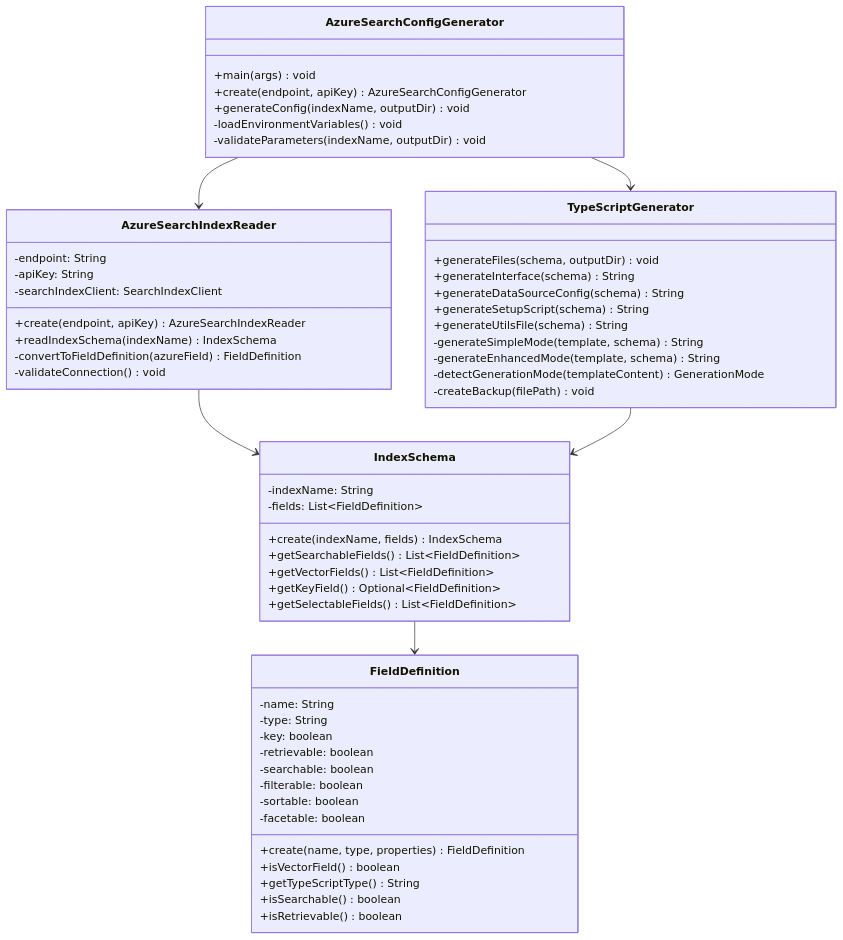
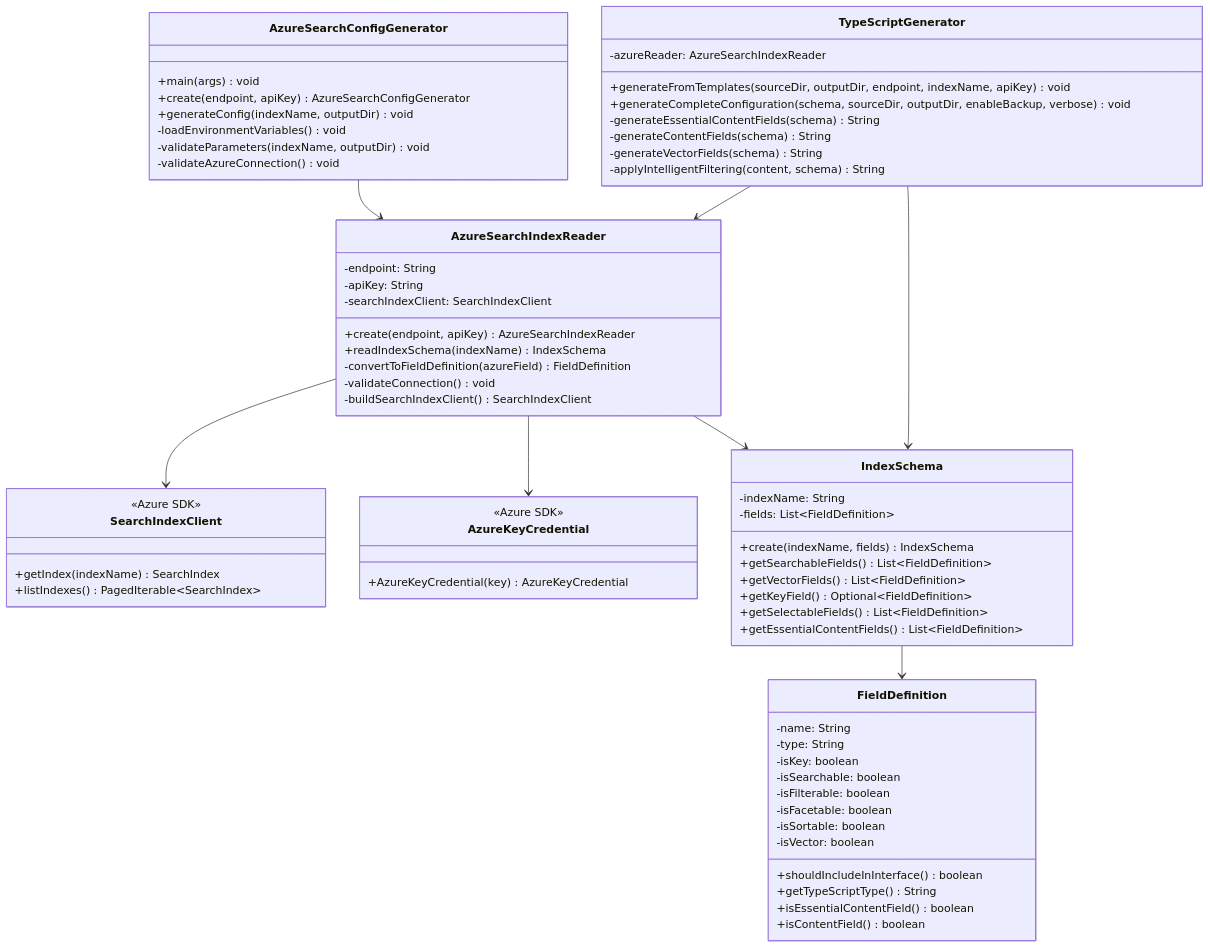
Before and after one commit to michel-heon/chatbottez-legis-qc: the second of 3 diagrams in docs/azure-search-config-generator.md, drawn with Mermaid. The commit also changed other lines of this file and 22 other files, not shown here.

First line of the commit message:
feat: Migration vers SDK Azure Search Java v2.1.0

````diff
--- a/docs/azure-search-config-generator.md
+++ b/docs/azure-search-config-generator.md
@@ -70,64 +113,77 @@
 ```mermaid
 classDiagram
     class AzureSearchConfigGenerator {
         +main(args) void
         +create(endpoint, apiKey) AzureSearchConfigGenerator
         +generateConfig(indexName, outputDir) void
         -loadEnvironmentVariables() void
         -validateParameters(indexName, outputDir) void
+        -validateAzureConnection() void
     }
     
     class AzureSearchIndexReader {
         -endpoint: String
         -apiKey: String
         -searchIndexClient: SearchIndexClient
         +create(endpoint, apiKey) AzureSearchIndexReader
         +readIndexSchema(indexName) IndexSchema
         -convertToFieldDefinition(azureField) FieldDefinition
         -validateConnection() void
+        -buildSearchIndexClient() SearchIndexClient
     }
     
     class IndexSchema {
         -indexName: String
         -fields: List~FieldDefinition~
         +create(indexName, fields) IndexSchema
         +getSearchableFields() List~FieldDefinition~
         +getVectorFields() List~FieldDefinition~
         +getKeyField() Optional~FieldDefinition~
         +getSelectableFields() List~FieldDefinition~
+        +getEssentialContentFields() List~FieldDefinition~
     }
     
     class FieldDefinition {
         -name: String
         -type: String
-        -key: boolean
-        -retrievable: boolean
-        -searchable: boolean
-        -filterable: boolean
-        -sortable: boolean
-        -facetable: boolean
-        +create(name, type, properties) FieldDefinition
-        +isVectorField() boolean
+        -isKey: boolean
+        -isSearchable: boolean
+        -isFilterable: boolean
+        -isFacetable: boolean
+        -isSortable: boolean
+        -isVector: boolean
+        +shouldIncludeInInterface() boolean
         +getTypeScriptType() String
-        +isSearchable() boolean
-        +isRetrievable() boolean
+        +isEssentialContentField() boolean
+        +isContentField() boolean
     }
     
     class TypeScriptGenerator {
-        +generateFiles(schema, outputDir) void
-        +generateInterface(schema) String
-        +generateDataSourceConfig(schema) String
-        +generateSetupScript(schema) String
-        +generateUtilsFile(schema) String
-        -generateSimpleMode(template, schema) String
-        -generateEnhancedMode(template, schema) String
-        -detectGenerationMode(templateContent) GenerationMode
-        -createBackup(filePath) void
+        -azureReader: AzureSearchIndexReader
+        +generateFromTemplates(sourceDir, outputDir, endpoint, indexName, apiKey) void
+        +generateCompleteConfiguration(schema, sourceDir, outputDir, enableBackup, verbose) void
+        -generateEssentialContentFields(schema) String
+        -generateContentFields(schema) String
+        -generateVectorFields(schema) String
+        -applyIntelligentFiltering(content, schema) String
+    }
+    
+    class SearchIndexClient {
+        <<Azure SDK>>
+        +getIndex(indexName) SearchIndex
+        +listIndexes() PagedIterable~SearchIndex~
+    }
+    
+    class AzureKeyCredential {
+        <<Azure SDK>>
+        +AzureKeyCredential(key) AzureKeyCredential
     }
     
     AzureSearchConfigGenerator --> AzureSearchIndexReader
-    AzureSearchConfigGenerator --> TypeScriptGenerator
+    AzureSearchIndexReader --> SearchIndexClient
+    AzureSearchIndexReader --> AzureKeyCredential
     AzureSearchIndexReader --> IndexSchema
     IndexSchema --> FieldDefinition
+    TypeScriptGenerator --> AzureSearchIndexReader
     TypeScriptGenerator --> IndexSchema
 ```
````
